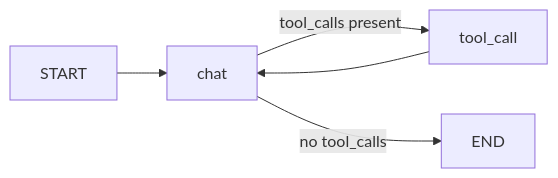
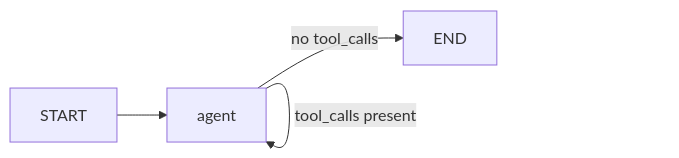
One commit to MoHatemTC/ai-coding-helper-app changed the third of 3 diagrams in docs/architecture.md. Above: the diagram before and after it, drawn with Mermaid. The commit also changed other lines of this file and 12 other files, not shown here.

````diff
--- a/docs/architecture.md
+++ b/docs/architecture.md
@@ -90,7 +90,6 @@
 ```mermaid
 graph LR
-    START --> chat
-    chat -->|tool_calls present| tool_call
-    tool_call --> chat
-    chat -->|no tool_calls| END
+    START --> agent
+    agent -->|tool_calls present| agent
+    agent -->|no tool_calls| END
 ```
````
